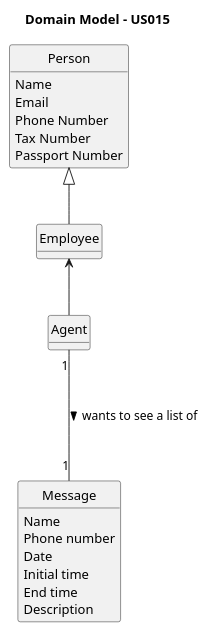
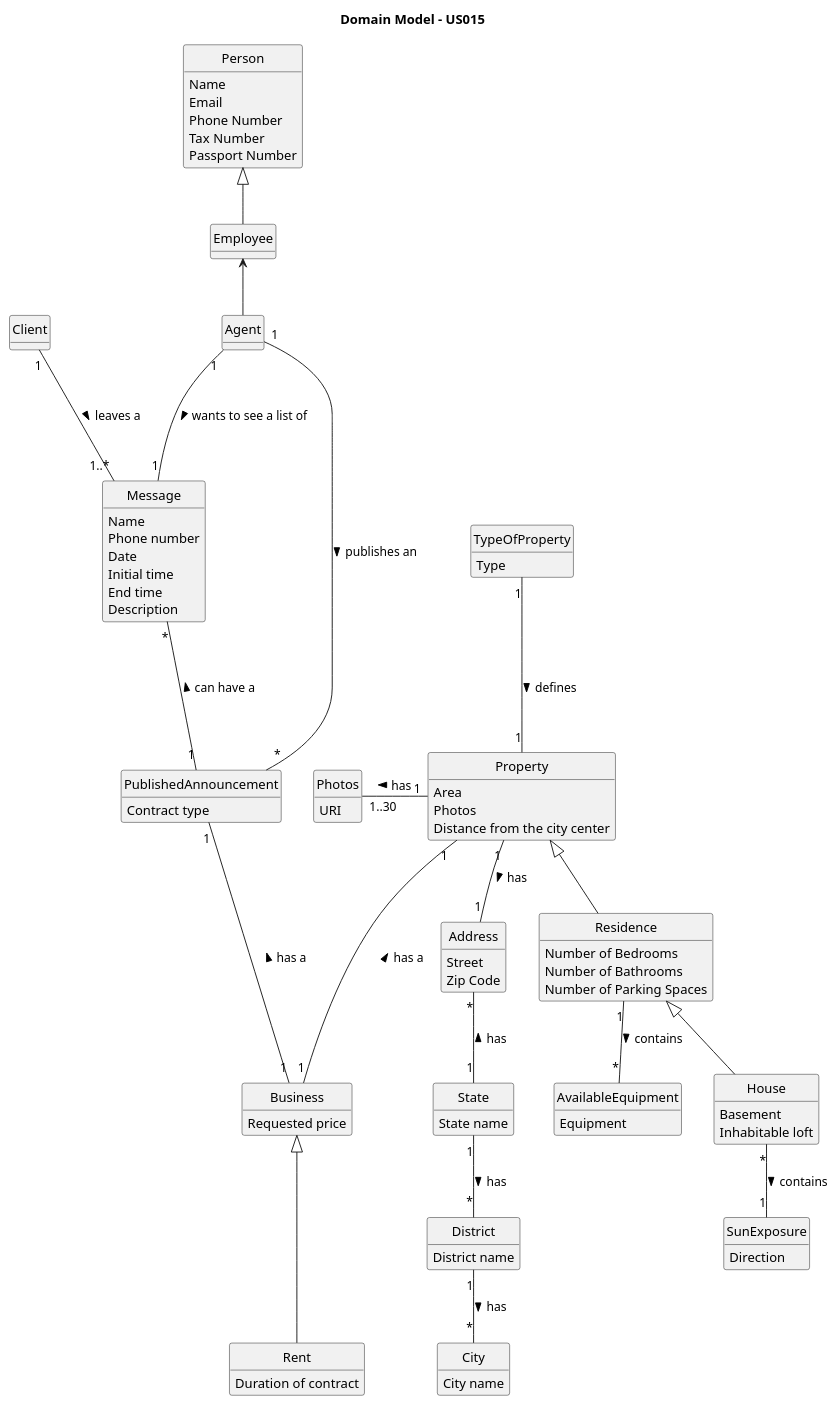
Before and after one commit to PureNimble/ISEP-LAPR2: the diagram in docs/sprintD/US015/02.analysis/puml/us015-domain-model.puml, drawn with PlantUML. The commit also changed 15 other files, not shown here.

```diff
--- a/docs/sprintD/US015/02.analysis/puml/us015-domain-model.puml
+++ b/docs/sprintD/US015/02.analysis/puml/us015-domain-model.puml
@@ -1,129 +1,129 @@
 @startuml
 skinparam monochrome true
 skinparam packageStyle rectangle
 skinparam shadowing false
 
 'left to right direction
 
 skinparam classAttributeIconSize 0
 
 hide circle
 hide methods
 
 title Domain Model - US015
 
  class Agent{
  }
 
  class Message{
      Name
      Phone number
      Date
      Initial time
      End time
      Description
  }
 
  class Employee{
  }
 
  class Person{
  Name
  Email
  Phone Number
  Tax Number
  Passport Number
  }
 
 
-' class Address {
-'     Street
-'     Zip Code
-' }
-'
-' class City {
-'     City name
-' }
-'
-' class District {
-'     District name
-' }
-'
-' class State {
-'     State name
-' }
-'
-' State "1" -down- "*" District: has >
-' District "1" -down- "*" City: has >
-' Address "*" -down- "1" State: has <
-'class Client {
- '
- '}
- '
- '
- 'class Residence {
- '    Number of Bedrooms
- '    Number of Bathrooms
- '    Number of Parking Spaces
- '}
- '
- 'class Property {
- '    Area
- '    Photos
- '    Distance from the city center
- '}
- '
- 'class TypeOfProperty{
- '    Type
- '}
- '
- 'class Photos {
- '    URI
- '}
- '
- 'class House {
- '    Basement
- '    Inhabitable loft
- '}
- '
- 'class SunExposure {
- '    Direction
- '}
- '
- 'class AvailableEquipment {
- '    Equipment
- '}
- '
- 'Residence <|-down- House
- 'Property <|-down- Residence
- 'Property "1" -left-- "1..30" Photos: has >
- 'SunExposure "1" -up- "*" House: contains <
- 'Address "1" -up- "1" Property: has <
- 'AvailableEquipment "*" -up- "1" Residence: contains <
- 'TypeOfProperty "1" -down-- "1" Property: defines >
- '
- '
- 'class Rent {
- '    Duration of contract
- '}
- '
- 'class Business {
- '    Requested price
- '}
- '
- 'class PublishedAnnouncement {
- '    Contract type
- '}
- '
- '
- 'Property "1" --- "1" Business: has a <
- 'PublishedAnnouncement "1" --- "1" Business: has a <
- 'Business <|--- Rent
- 'Message "*" --- "1" PublishedAnnouncement: can have a <
-   'Client "1" --- "1..*" Message: leaves a >
-   'Agent "1" --- "*" PublishedAnnouncement: publishes an >
+ class Address {
+     Street
+     Zip Code
+ }
+
+ class City {
+     City name
+ }
+
+ class District {
+     District name
+ }
+
+ class State {
+     State name
+ }
+
+ State "1" -down- "*" District: has >
+ District "1" -down- "*" City: has >
+ Address "*" -down- "1" State: has <
+class Client {
+
+ }
+
+
+ class Residence {
+     Number of Bedrooms
+     Number of Bathrooms
+     Number of Parking Spaces
+ }
+
+ class Property {
+     Area
+     Photos
+     Distance from the city center
+ }
+
+ class TypeOfProperty{
+     Type
+ }
+
+ class Photos {
+     URI
+ }
+
+ class House {
+     Basement
+     Inhabitable loft
+ }
+
+ class SunExposure {
+     Direction
+ }
+
+ class AvailableEquipment {
+     Equipment
+ }
+
+ Residence <|-down- House
+ Property <|-down- Residence
+ Property "1" -left-- "1..30" Photos: has >
+ SunExposure "1" -up- "*" House: contains <
+ Address "1" -up- "1" Property: has <
+ AvailableEquipment "*" -up- "1" Residence: contains <
+ TypeOfProperty "1" -down-- "1" Property: defines >
+
+
+ class Rent {
+     Duration of contract
+ }
+
+ class Business {
+     Requested price
+ }
+
+ class PublishedAnnouncement {
+     Contract type
+ }
+
+
+ Property "1" --- "1" Business: has a <
+ PublishedAnnouncement "1" --- "1" Business: has a <
+ Business <|--- Rent
+ Message "*" --- "1" PublishedAnnouncement: can have a <
+   Client "1" --- "1..*" Message: leaves a >
+   Agent "1" --- "*" PublishedAnnouncement: publishes an >
 
 Agent "1" --- "1" Message: wants to see a list of >
 Person <|-- Employee
 Employee <-- Agent
 @enduml
```
